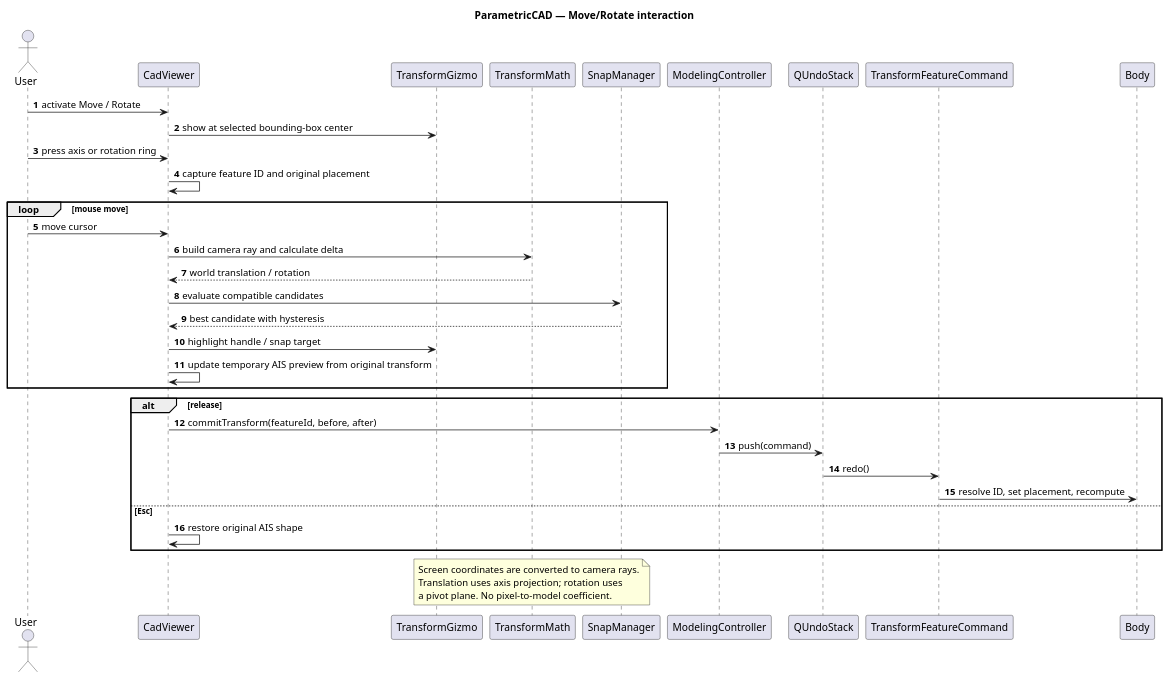
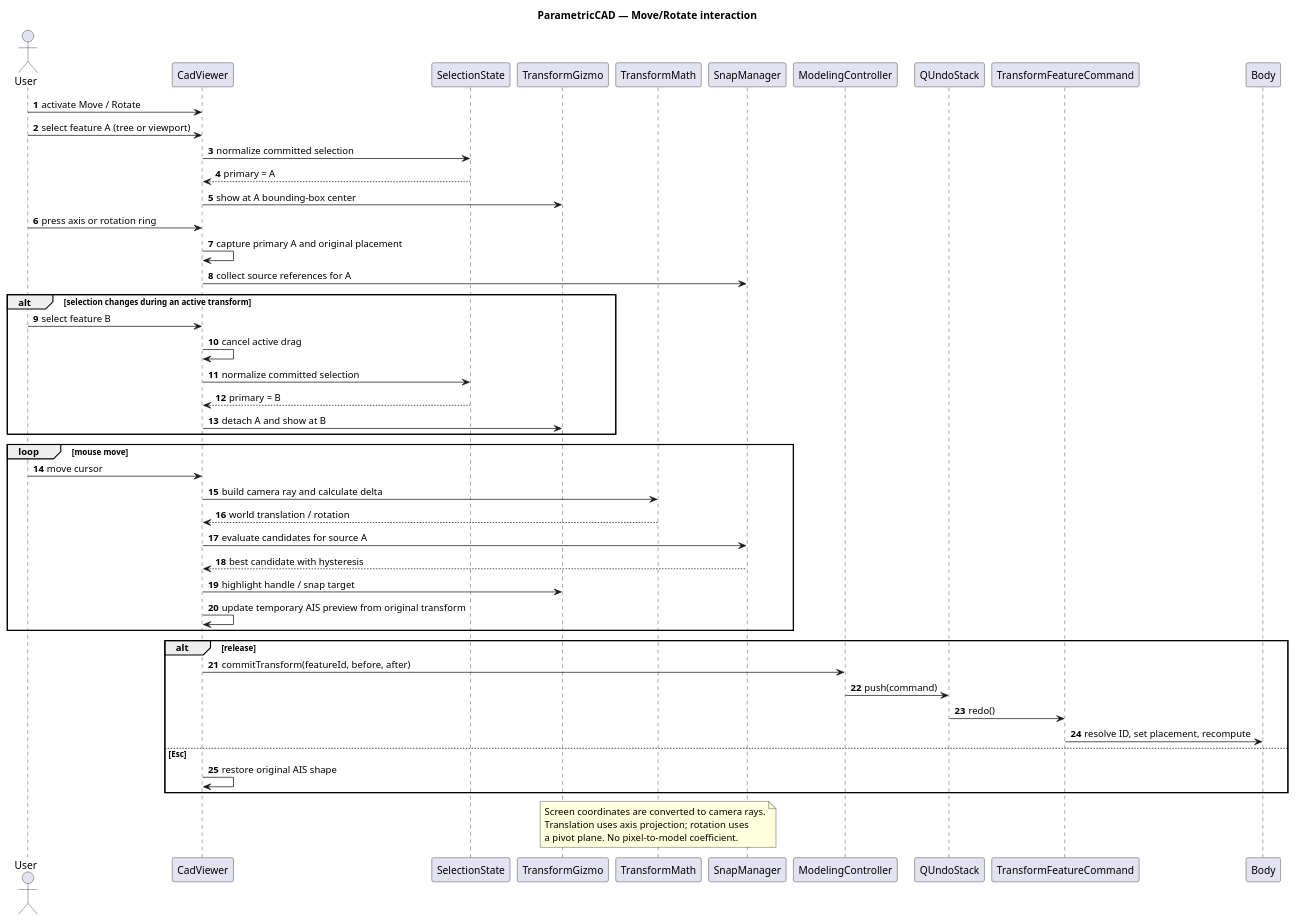
The diagram in docs/diagrams/transform-interaction.puml (coltrack-dev/ParametricCAD), drawn with PlantUML before and after one commit. The commit also changed 1 other file, not shown here.

Commit message:
Document selection and transform pipeline invariants

```diff
--- a/docs/diagrams/transform-interaction.puml
+++ b/docs/diagrams/transform-interaction.puml
@@ -1,49 +1,62 @@
 @startuml
 title ParametricCAD — Move/Rotate interaction
 
 skinparam componentStyle rectangle
 skinparam packageStyle rectangle
 skinparam shadowing false
 autonumber
 
 actor User
 participant CadViewer as Viewer
+participant SelectionState as Selection
 participant TransformGizmo as Gizmo
 participant TransformMath as Math
 participant SnapManager as Snap
 participant ModelingController as Controller
 participant QUndoStack as Stack
 participant TransformFeatureCommand as Command
 participant Body
 
 User -> Viewer : activate Move / Rotate
-Viewer -> Gizmo : show at selected bounding-box center
+User -> Viewer : select feature A (tree or viewport)
+Viewer -> Selection : normalize committed selection
+Selection --> Viewer : primary = A
+Viewer -> Gizmo : show at A bounding-box center
 User -> Viewer : press axis or rotation ring
-Viewer -> Viewer : capture feature ID and original placement
+Viewer -> Viewer : capture primary A and original placement
+Viewer -> Snap : collect source references for A
+
+alt selection changes during an active transform
+    User -> Viewer : select feature B
+    Viewer -> Viewer : cancel active drag
+    Viewer -> Selection : normalize committed selection
+    Selection --> Viewer : primary = B
+    Viewer -> Gizmo : detach A and show at B
+end
 
 loop mouse move
     User -> Viewer : move cursor
     Viewer -> Math : build camera ray and calculate delta
     Math --> Viewer : world translation / rotation
-    Viewer -> Snap : evaluate compatible candidates
+    Viewer -> Snap : evaluate candidates for source A
     Snap --> Viewer : best candidate with hysteresis
     Viewer -> Gizmo : highlight handle / snap target
     Viewer -> Viewer : update temporary AIS preview from original transform
 end
 
 alt release
     Viewer -> Controller : commitTransform(featureId, before, after)
     Controller -> Stack : push(command)
     Stack -> Command : redo()
     Command -> Body : resolve ID, set placement, recompute
 else Esc
     Viewer -> Viewer : restore original AIS shape
 end
 
 note over Math
   Screen coordinates are converted to camera rays.
   Translation uses axis projection; rotation uses
   a pivot plane. No pixel-to-model coefficient.
 end note
 
 @enduml
```
